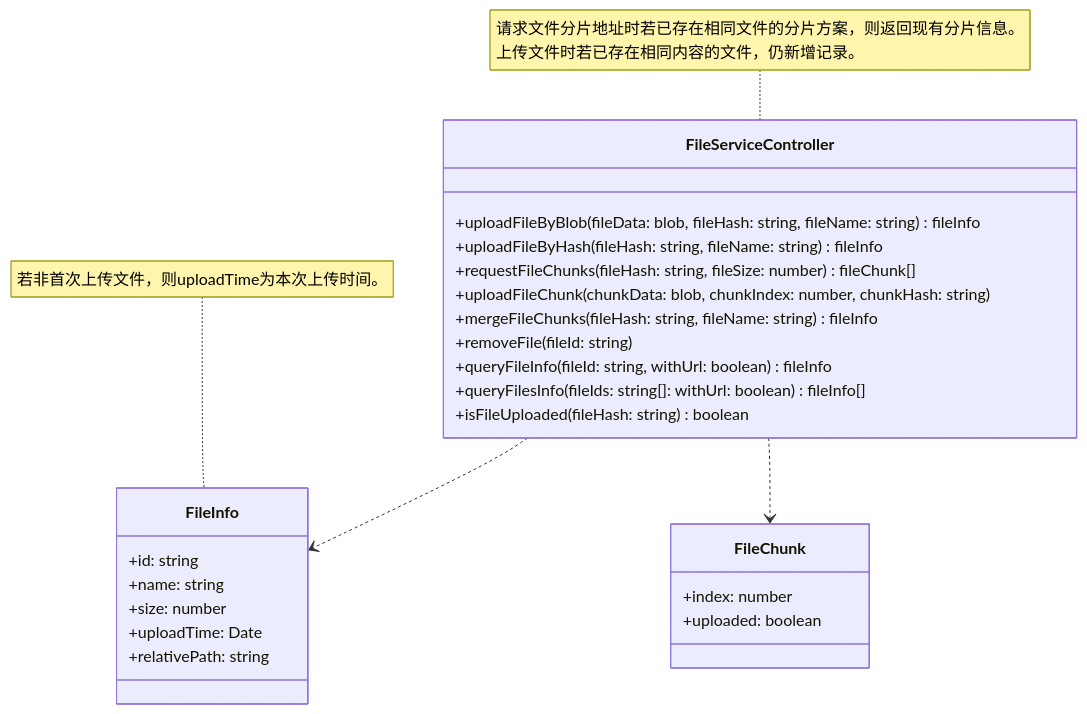
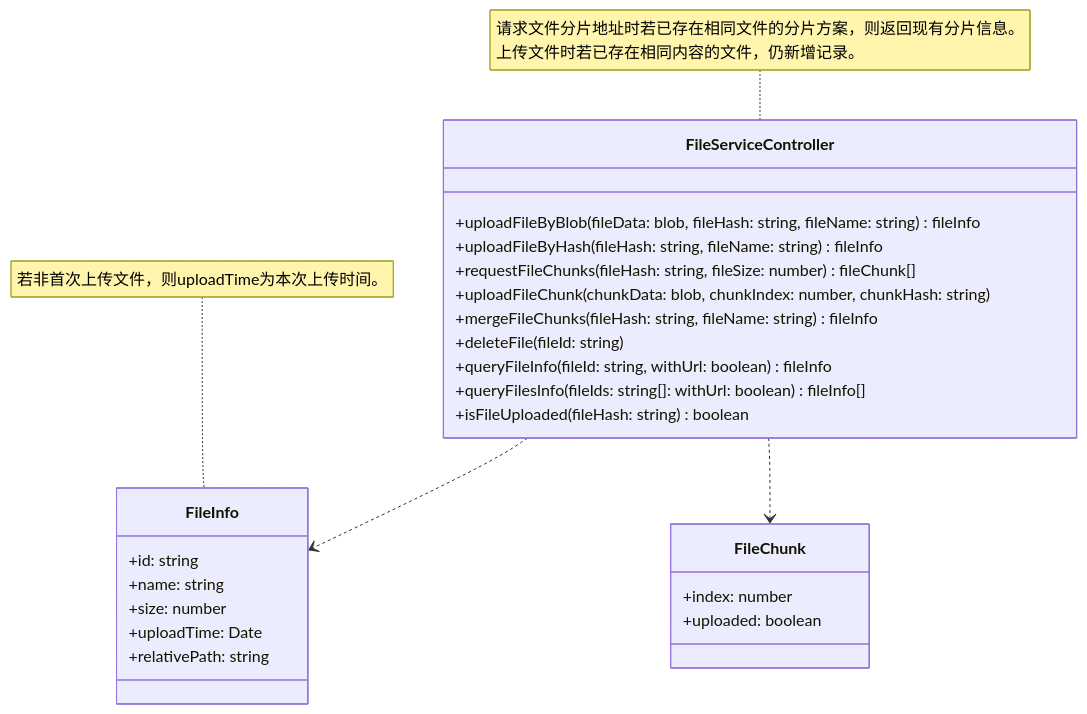
The second of 11 diagrams in README.md (niuiic/file-service), drawn with Mermaid before and after one commit. The commit also changed other lines of this file and 5 other files, not shown here.

````diff
--- a/README.md
+++ b/README.md
@@ -67,34 +67,34 @@
 ```mermaid
 classDiagram
     note for FileServiceController "请求文件分片地址时若已存在相同文件的分片方案，则返回现有分片信息。<br>上传文件时若已存在相同内容的文件，仍新增记录。"
     FileServiceController ..> FileInfo
     FileServiceController ..> FileChunk
     class FileServiceController {
         %% create
         +uploadFileByBlob(fileData: blob, fileHash: string, fileName: string) fileInfo
         +uploadFileByHash(fileHash: string, fileName: string) fileInfo
         +requestFileChunks(fileHash: string, fileSize: number) fileChunk[]
         +uploadFileChunk(chunkData: blob, chunkIndex: number, chunkHash: string)
         +mergeFileChunks(fileHash: string, fileName: string) fileInfo
         %% delete
-        +removeFile(fileId: string)
+        +deleteFile(fileId: string)
         %% query
         +queryFileInfo(fileId: string, withUrl: boolean) fileInfo
         +queryFilesInfo(fileIds: string[]: withUrl: boolean) fileInfo[]
         +isFileUploaded(fileHash: string) boolean
     }
 
     note for FileInfo "若非首次上传文件，则uploadTime为本次上传时间。"
     class FileInfo {
         +id: string
         +name: string
         +size: number
         +uploadTime: Date
         +relativePath: string
     }
 
     class FileChunk {
         +index: number
         +uploaded: boolean
     }
 ```
````
